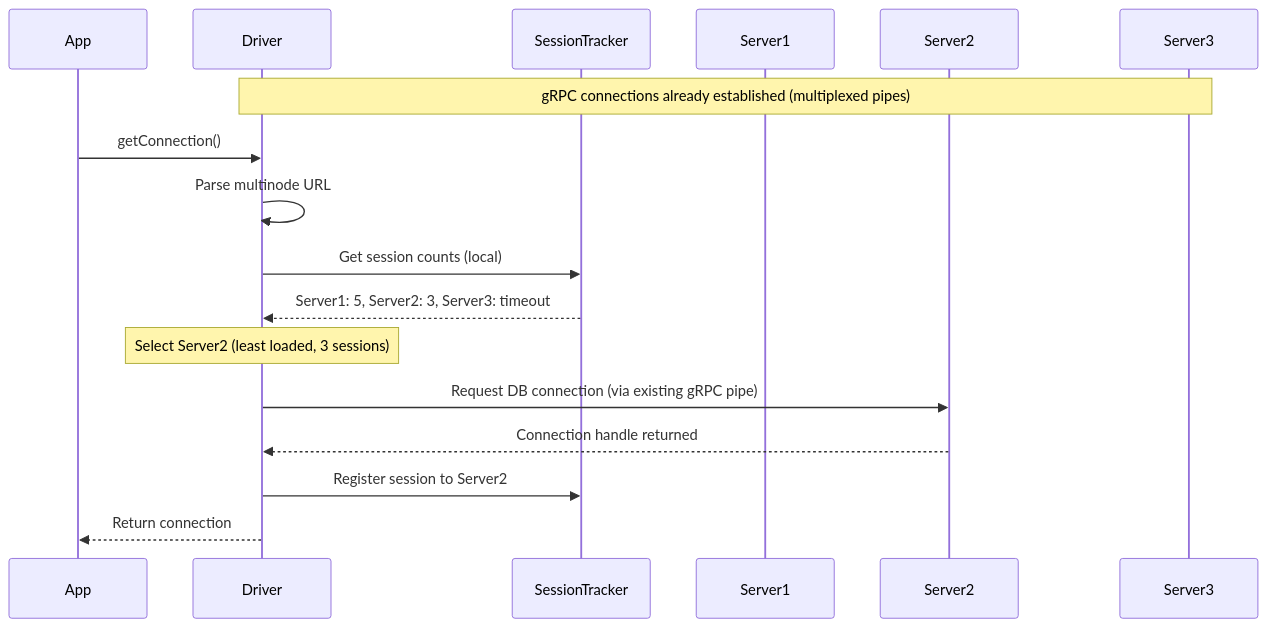
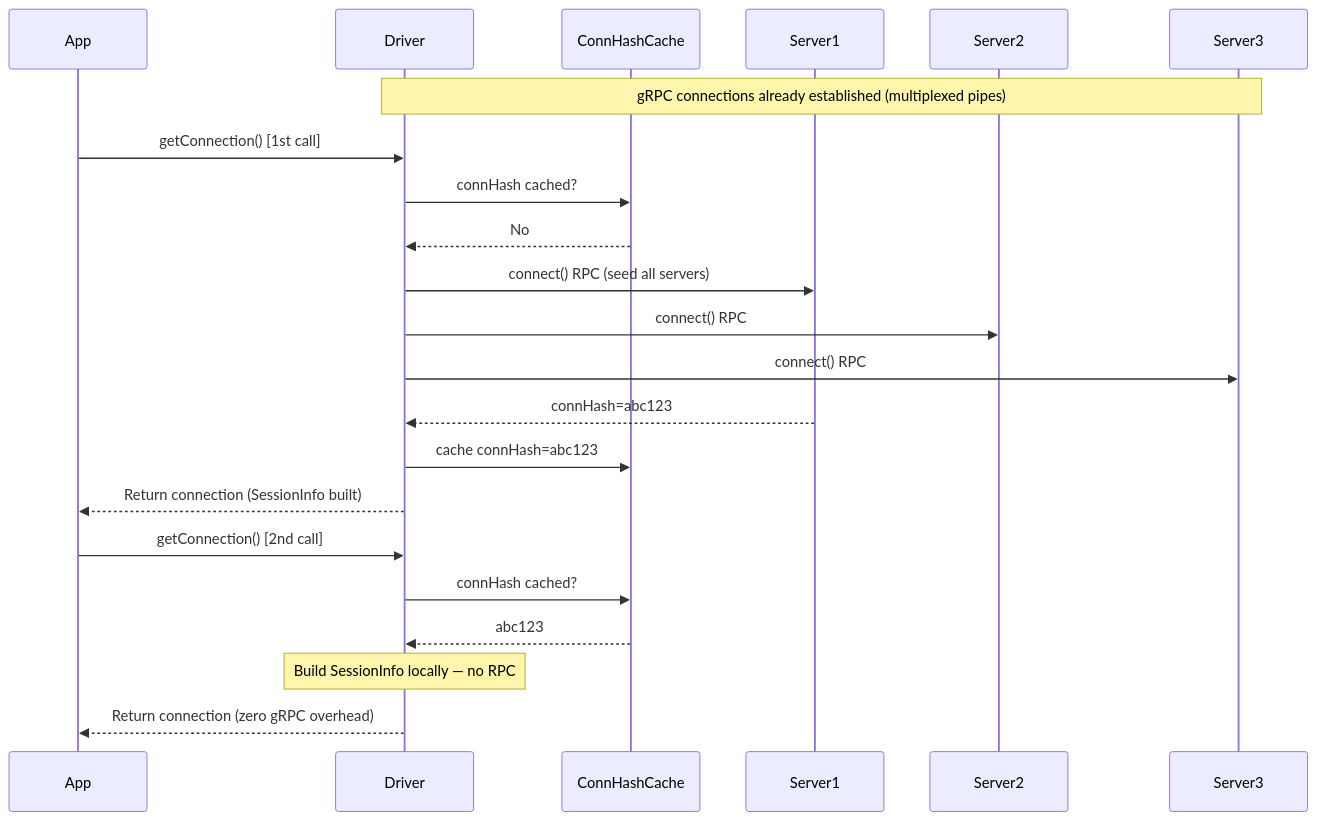
Before and after one commit to sisv1der/ojp: the second of 8 diagrams in documents/ebook/part3-chapter9-multinode-deployment.md, drawn with Mermaid. The commit also changed other lines of this file and 3 other files, not shown here.

First line of the commit message:
docs: update eBook, multinode README, and XA management docs for connect() optimisations

````diff
--- a/documents/ebook/part3-chapter9-multinode-deployment.md
+++ b/documents/ebook/part3-chapter9-multinode-deployment.md
@@ -101,23 +120,27 @@
 ```mermaid
 sequenceDiagram
     participant App
     participant Driver
-    participant SessionTracker
+    participant ConnHashCache
     participant Server1
     participant Server2
     participant Server3
     
     Note over Driver,Server3: gRPC connections already established (multiplexed pipes)
     
-    App->>Driver: getConnection()
-    Driver->>Driver: Parse multinode URL
-    Driver->>SessionTracker: Get session counts (local)
-    SessionTracker-->>Driver: Server1: 5, Server2: 3, Server3: timeout
+    App->>Driver: getConnection() [1st call]
+    Driver->>ConnHashCache: connHash cached?
+    ConnHashCache-->>Driver: No
+    Driver->>Server1: connect() RPC (seed all servers)
+    Driver->>Server2: connect() RPC
+    Driver->>Server3: connect() RPC
+    Server1-->>Driver: connHash=abc123
+    Driver->>ConnHashCache: cache connHash=abc123
+    Driver-->>App: Return connection (SessionInfo built)
     
-    Note over Driver: Select Server2 (least loaded, 3 sessions)
-    
-    Driver->>Server2: Request DB connection (via existing gRPC pipe)
-    Server2-->>Driver: Connection handle returned
-    Driver->>SessionTracker: Register session to Server2
-    Driver-->>App: Return connection
+    App->>Driver: getConnection() [2nd call]
+    Driver->>ConnHashCache: connHash cached?
+    ConnHashCache-->>Driver: abc123
+    Note over Driver: Build SessionInfo locally — no RPC
+    Driver-->>App: Return connection (zero gRPC overhead)
 ```
````
